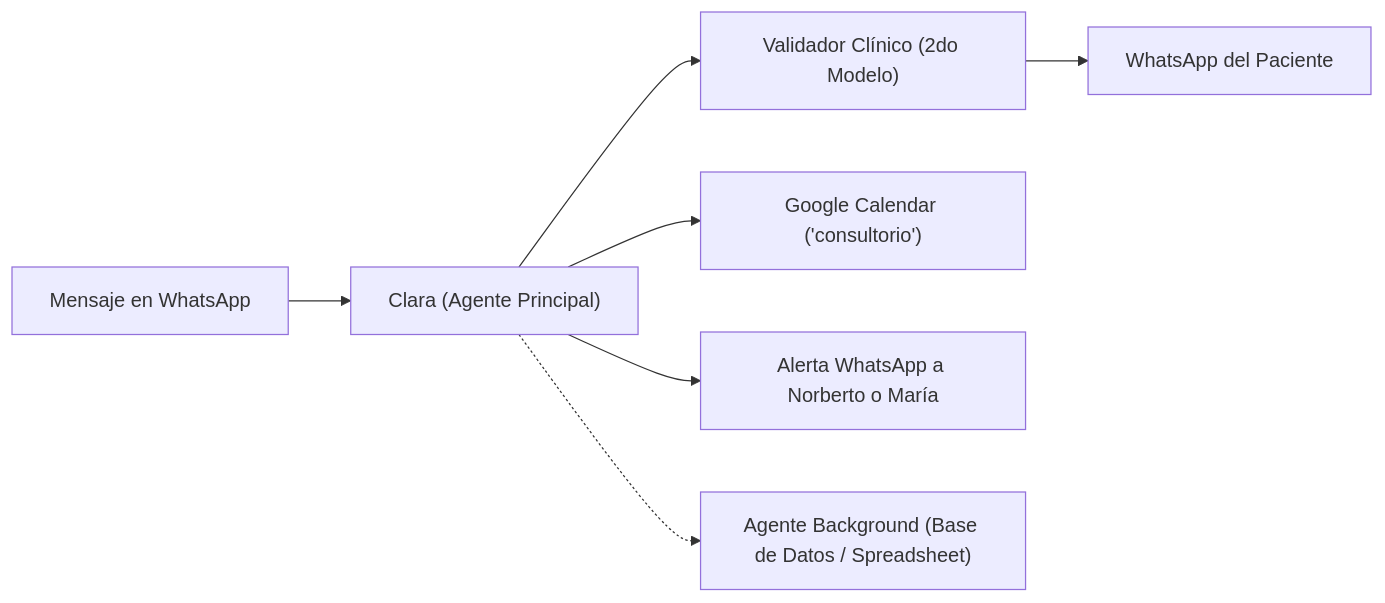
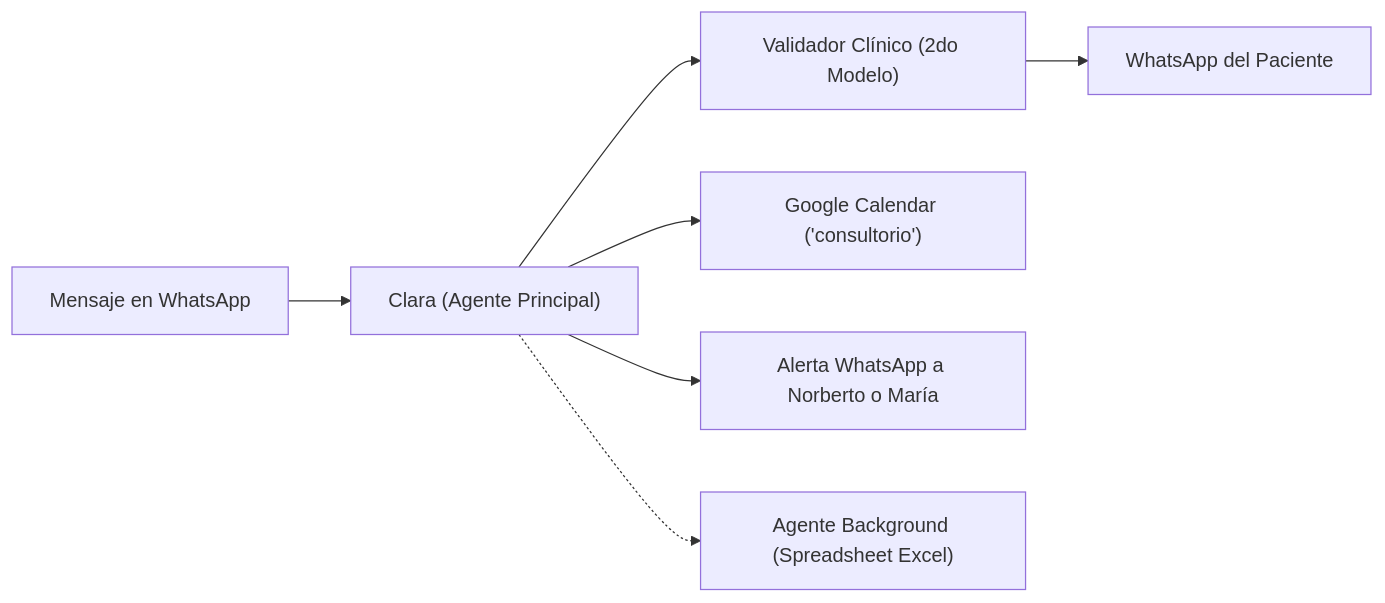
The diagram in docs/guia-pruebas.md (MartinBrude/kinesica), drawn with Mermaid before and after one commit. The commit also changed other lines of this file and 3 other files, not shown here.

Commit message:
refactor: base de datos de pacientes sólo para primera sesión presencial (excluye llamadas), sin estado y formato exclusivo xlsx

````diff
--- a/docs/guia-pruebas.md
+++ b/docs/guia-pruebas.md
@@ -107,9 +107,9 @@
 ```mermaid
 flowchart LR
     A["Mensaje en WhatsApp"] --> B["Clara (Agente Principal)"]
     B --> C["Validador Clínico (2do Modelo)"]
     C --> D["WhatsApp del Paciente"]
     B --> E["Google Calendar ('consultorio')"]
     B --> F["Alerta WhatsApp a Norberto o María"]
-    B -.-> G["Agente Background (Base de Datos / Spreadsheet)"]
+    B -.-> G["Agente Background (Spreadsheet Excel)"]
 ```
````
